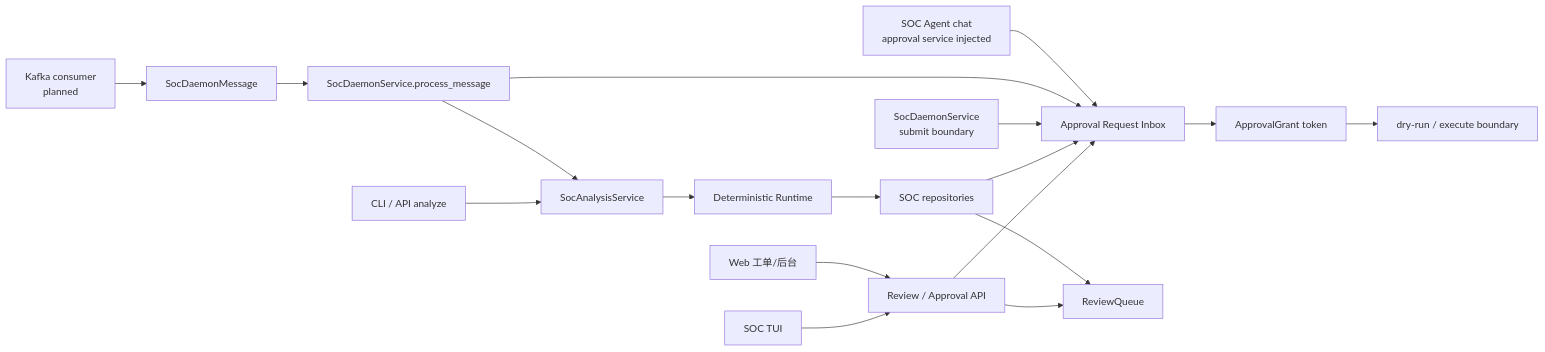
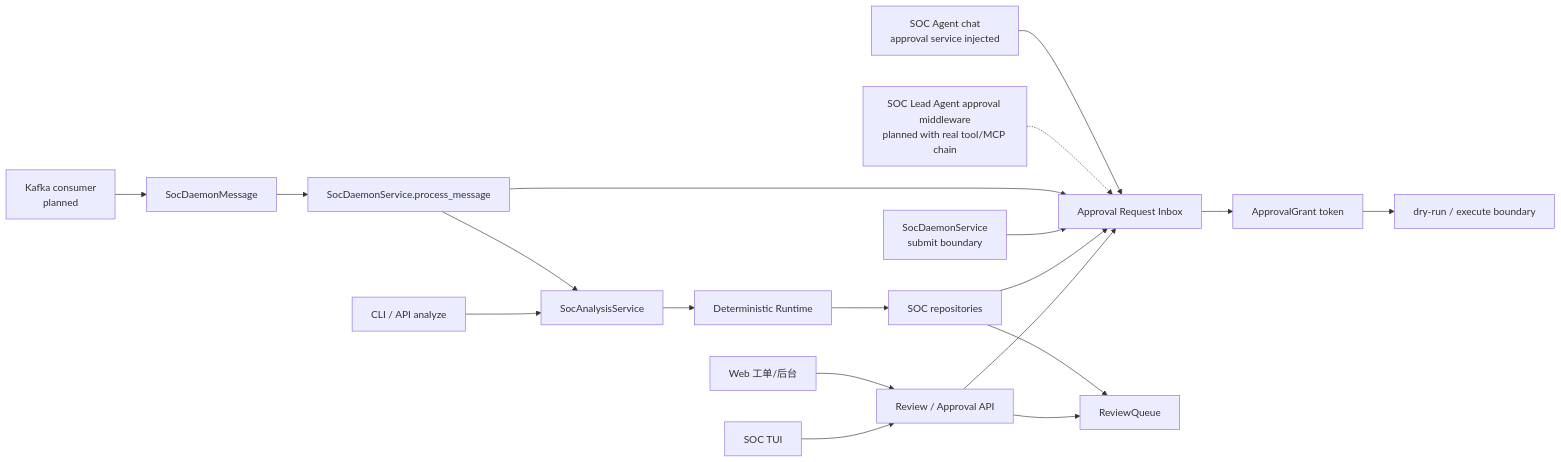
One commit to yydspanda/deer-flow changed the first of 7 diagrams in .notes/ai_soc/alert-lifecycle-flow.md. Above: the diagram before and after it, drawn with Mermaid. The commit also changed other lines of this file and 4 other files, not shown here.

````diff
--- a/.notes/ai_soc/alert-lifecycle-flow.md
+++ b/.notes/ai_soc/alert-lifecycle-flow.md
@@ -16,22 +16,23 @@
 ```mermaid
 flowchart LR
     Kafka["Kafka consumer\nplanned"] --> DaemonMessage["SocDaemonMessage"]
     DaemonMessage --> DaemonProcess["SocDaemonService.process_message"]
     DaemonProcess --> Analysis["SocAnalysisService"]
     CLI["CLI / API analyze"] --> Analysis
     Agent["SOC Agent chat\napproval service injected"] --> ApprovalInbox["Approval Request Inbox"]
+    LeadMiddleware["SOC Lead Agent approval middleware\nplanned with real tool/MCP chain"] -.-> ApprovalInbox
     DaemonProcess --> ApprovalInbox
     Daemon["SocDaemonService\nsubmit boundary"] --> ApprovalInbox
     Web["Web 工单/后台"] --> ReviewAPI["Review / Approval API"]
     TUI["SOC TUI"] --> ReviewAPI
 
     Analysis --> Runtime["Deterministic Runtime"]
     Runtime --> Stores["SOC repositories"]
     Stores --> ReviewQueue["ReviewQueue"]
     Stores --> ApprovalInbox
 
     ReviewAPI --> ReviewQueue
     ReviewAPI --> ApprovalInbox
     ApprovalInbox --> Grant["ApprovalGrant token"]
     Grant --> Execute["dry-run / execute boundary"]
 ```
````
